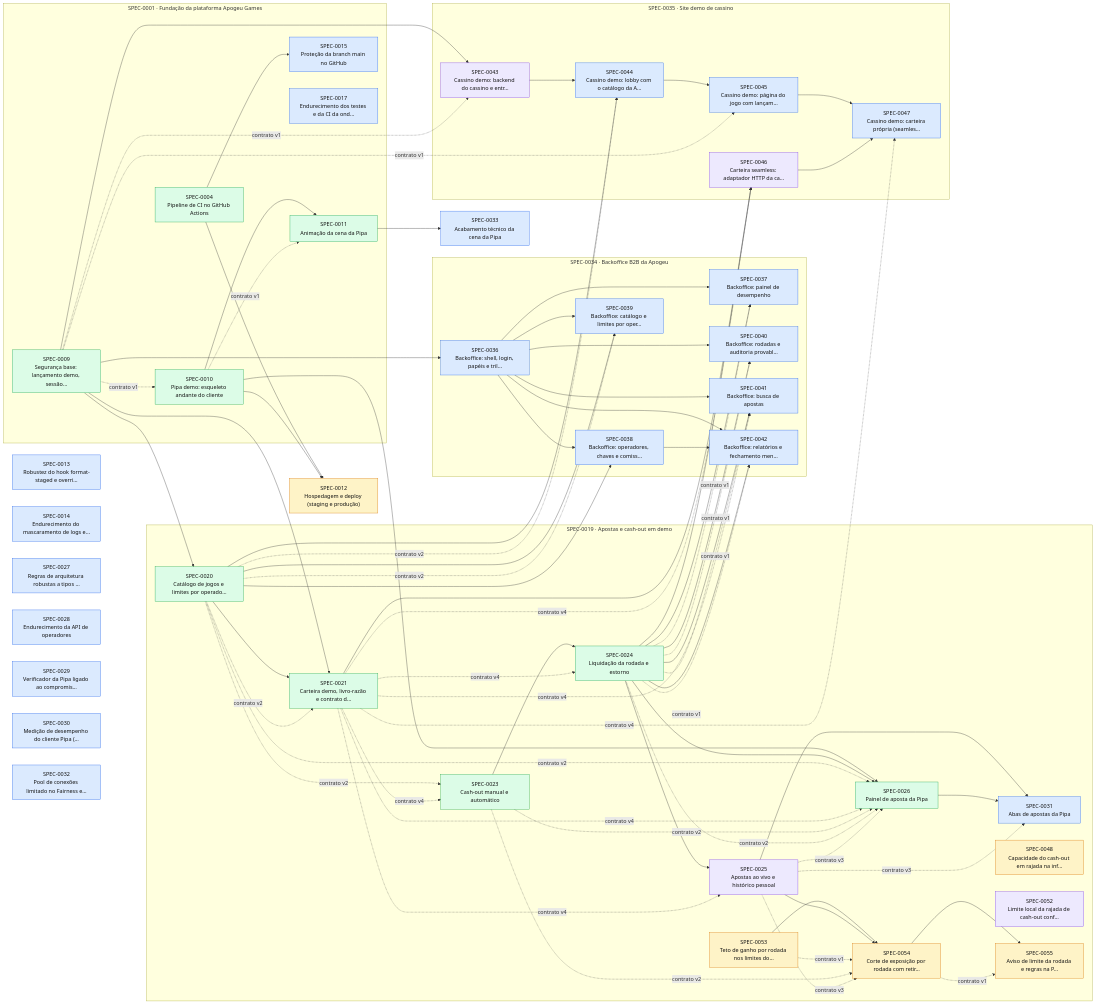
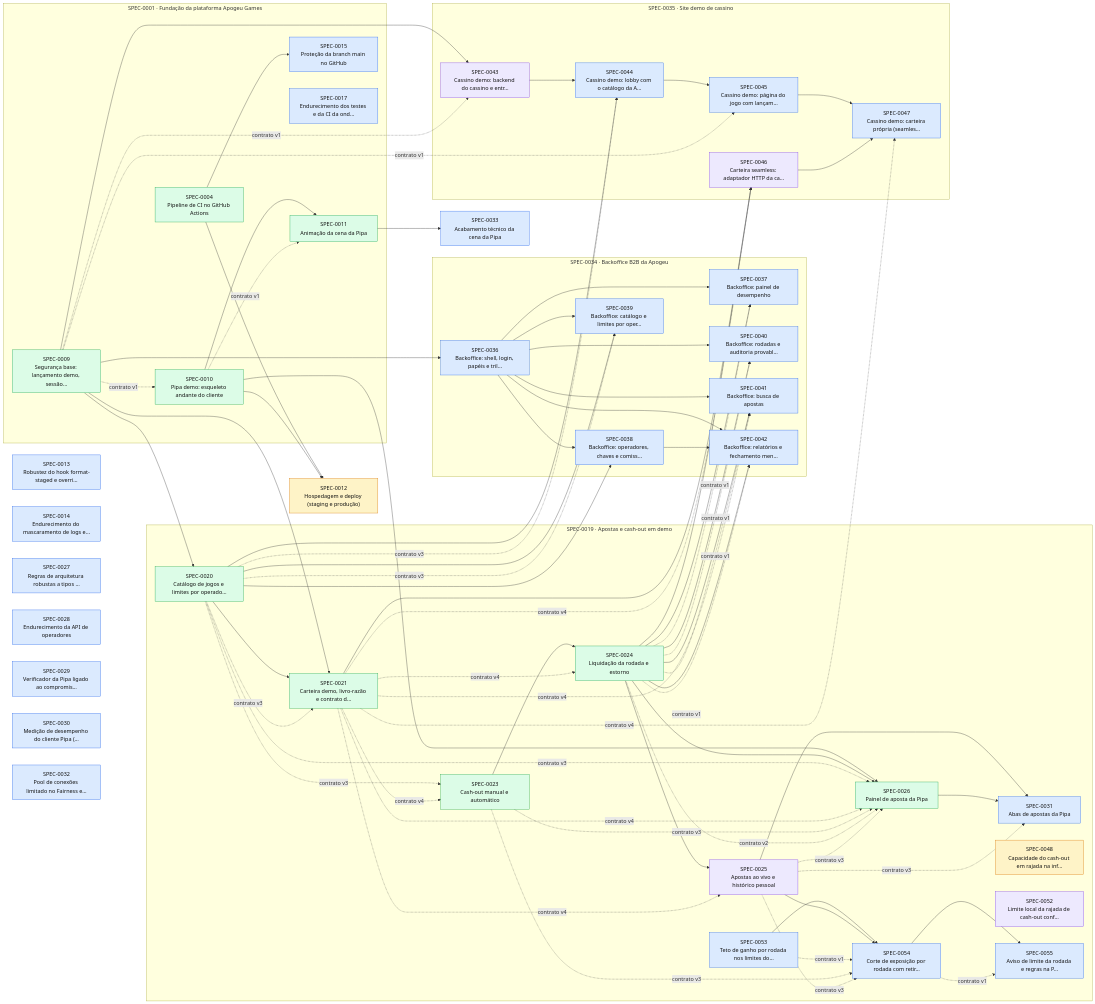
The diagram in docs/specs/INDEX.md (thomasravache/crash-games-provider), drawn with Mermaid before and after one commit. The commit also changed other lines of this file and 11 other files, not shown here.

```diff
--- a/docs/specs/INDEX.md
+++ b/docs/specs/INDEX.md
@@ -125,9 +125,9 @@
     S0031["SPEC-0031<br/>Abas de apostas da Pipa"]:::approved
     S0048["SPEC-0048<br/>Capacidade do cash-out em rajada na inf…"]:::proposed
     S0052["SPEC-0052<br/>Limite local da rajada de cash-out conf…"]:::inprogress
-    S0053["SPEC-0053<br/>Teto de ganho por rodada nos limites do…"]:::proposed
-    S0054["SPEC-0054<br/>Corte de exposição por rodada com retir…"]:::proposed
-    S0055["SPEC-0055<br/>Aviso de limite da rodada e regras na P…"]:::proposed
+    S0053["SPEC-0053<br/>Teto de ganho por rodada nos limites do…"]:::approved
+    S0054["SPEC-0054<br/>Corte de exposição por rodada com retir…"]:::approved
+    S0055["SPEC-0055<br/>Aviso de limite da rodada e regras na P…"]:::approved
   end
   subgraph E0034["SPEC-0034 · Backoffice B2B da Apogeu"]
     S0036["SPEC-0036<br/>Backoffice: shell, login, papéis e tril…"]:::approved
@@ -154,8 +154,8 @@
   S0009 --> S0020
   S0009 --> S0021
   S0020 --> S0021
-  S0020 -. contrato v2 .-> S0021
-  S0020 -. contrato v2 .-> S0023
+  S0020 -. contrato v3 .-> S0021
+  S0020 -. contrato v3 .-> S0023
   S0021 -. contrato v4 .-> S0023
   S0023 --> S0024
   S0021 -. contrato v4 .-> S0024
@@ -163,9 +163,9 @@
   S0021 -. contrato v4 .-> S0025
   S0010 --> S0026
   S0024 --> S0026
-  S0020 -. contrato v2 .-> S0026
+  S0020 -. contrato v3 .-> S0026
   S0021 -. contrato v4 .-> S0026
-  S0023 -. contrato v2 .-> S0026
+  S0023 -. contrato v3 .-> S0026
   S0024 -. contrato v2 .-> S0026
   S0025 -. contrato v3 .-> S0026
   S0025 --> S0031
@@ -180,7 +180,7 @@
   S0020 --> S0038
   S0036 --> S0039
   S0020 --> S0039
-  S0020 -. contrato v2 .-> S0039
+  S0020 -. contrato v3 .-> S0039
   S0036 --> S0040
   S0024 --> S0040
   S0024 -. contrato v1 .-> S0040
@@ -196,7 +196,7 @@
   S0009 -. contrato v1 .-> S0043
   S0043 --> S0044
   S0020 --> S0044
-  S0020 -. contrato v2 .-> S0044
+  S0020 -. contrato v3 .-> S0044
   S0044 --> S0045
   S0009 -. contrato v1 .-> S0045
   S0021 --> S0046
@@ -208,7 +208,7 @@
   S0053 --> S0054
   S0025 --> S0054
   S0053 -. contrato v1 .-> S0054
-  S0023 -. contrato v2 .-> S0054
+  S0023 -. contrato v3 .-> S0054
   S0025 -. contrato v3 .-> S0054
   S0054 --> S0055
   S0054 -. contrato v1 .-> S0055
```
